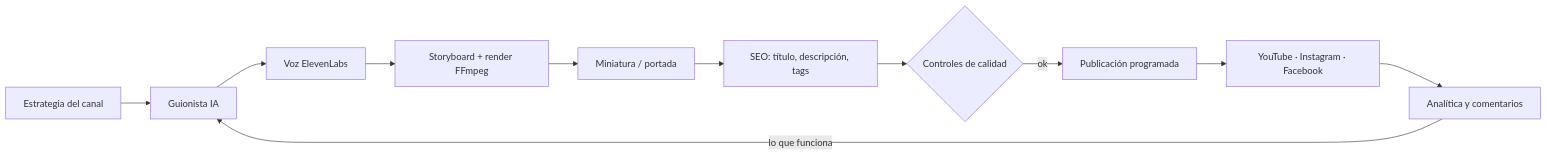
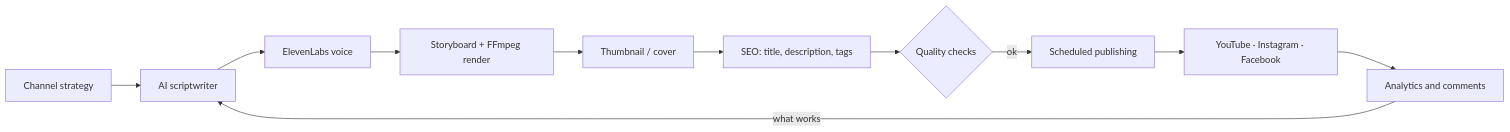
Before and after one commit to RosaritoRD/oraflow: the diagram in README.md, drawn with Mermaid. The commit also changed other lines of this file and 14 other files, not shown here.

````diff
--- a/README.md
+++ b/README.md
@@ -36,13 +36,13 @@
 ```mermaid
 flowchart LR
-    A[Estrategia del canal] --> B[Guionista IA]
-    B --> C[Voz ElevenLabs]
-    C --> D[Storyboard + render FFmpeg]
-    D --> E[Miniatura / portada]
-    E --> F[SEO: título, descripción, tags]
-    F --> G{Controles de calidad}
-    G -->|ok| H[Publicación programada]
+    A[Channel strategy] --> B[AI scriptwriter]
+    B --> C[ElevenLabs voice]
+    C --> D[Storyboard + FFmpeg render]
+    D --> E[Thumbnail / cover]
+    E --> F[SEO: title, description, tags]
+    F --> G{Quality checks}
+    G -->|ok| H[Scheduled publishing]
     H --> I[YouTube · Instagram · Facebook]
-    I --> J[Analítica y comentarios]
-    J -->|lo que funciona| B
+    I --> J[Analytics and comments]
+    J -->|what works| B
 ```
````
